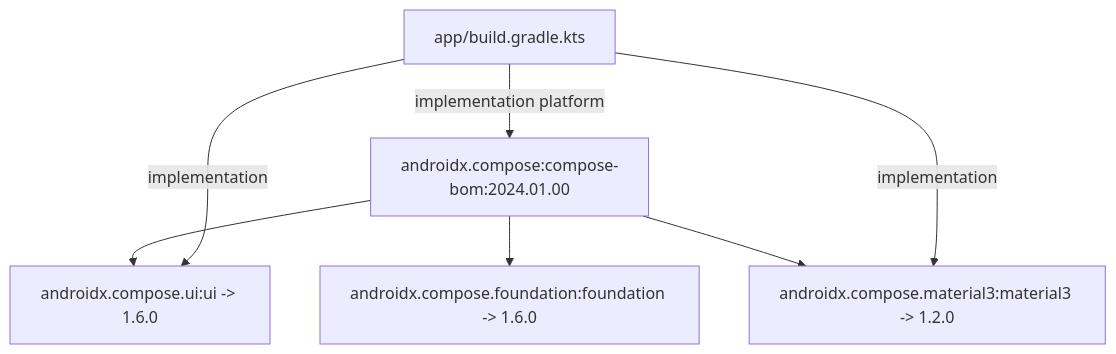
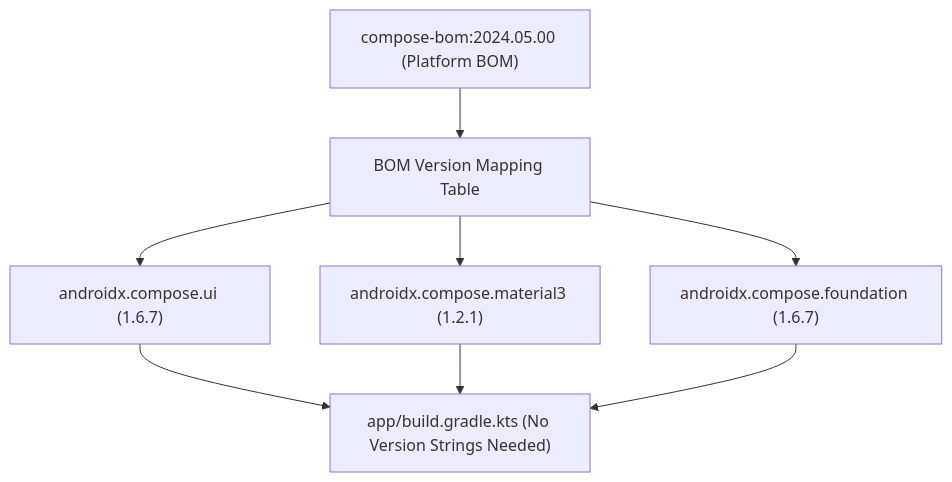
Before and after one commit to youngmin-gwon/what-i-studied: the diagram in 01_inbox/mobile/android/03_packaging_deployment/build/dependency-versioning/dependency-ci-contracts/compose-bom-manages-compose-library-version-set.md, drawn with Mermaid. The commit also changed other lines of this file and 134 other files, not shown here.

````diff
--- a/01_inbox/mobile/android/03_packaging_deployment/build/dependency-versioning/dependency-ci-contracts/compose-bom-manages-compose-library-version-set.md
+++ b/01_inbox/mobile/android/03_packaging_deployment/build/dependency-versioning/dependency-ci-contracts/compose-bom-manages-compose-library-version-set.md
@@ -19,11 +25,8 @@
 ```mermaid
 flowchart TD
-    BOM["androidx.compose:compose-bom:2024.01.00"]
-    BOM --> UI["androidx.compose.ui:ui -> 1.6.0"]
-    BOM --> Foundation["androidx.compose.foundation:foundation -> 1.6.0"]
-    BOM --> M3["androidx.compose.material3:material3 -> 1.2.0"]
-    
-    AppBuild["app/build.gradle.kts"] -->|implementation platform| BOM
-    AppBuild -->|implementation| UI
-    AppBuild -->|implementation| M3
+    BOM["compose-bom:2024.05.00 (Platform BOM)"] --> Resolves["BOM Version Mapping Table"]
+    Resolves --> UI["androidx.compose.ui (1.6.7)"]
+    Resolves --> M3["androidx.compose.material3 (1.2.1)"]
+    Resolves --> Found["androidx.compose.foundation (1.6.7)"]
+    UI & M3 & Found --> App["app/build.gradle.kts (No Version Strings Needed)"]
 ```
````
